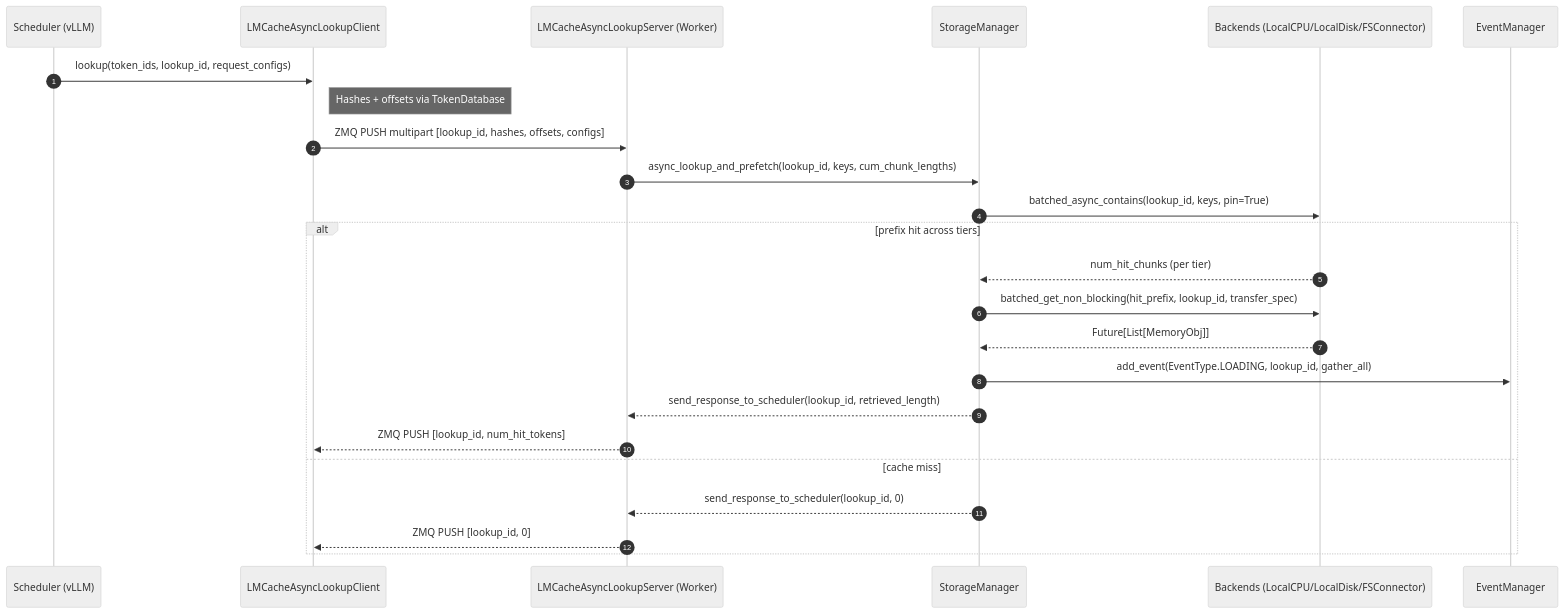
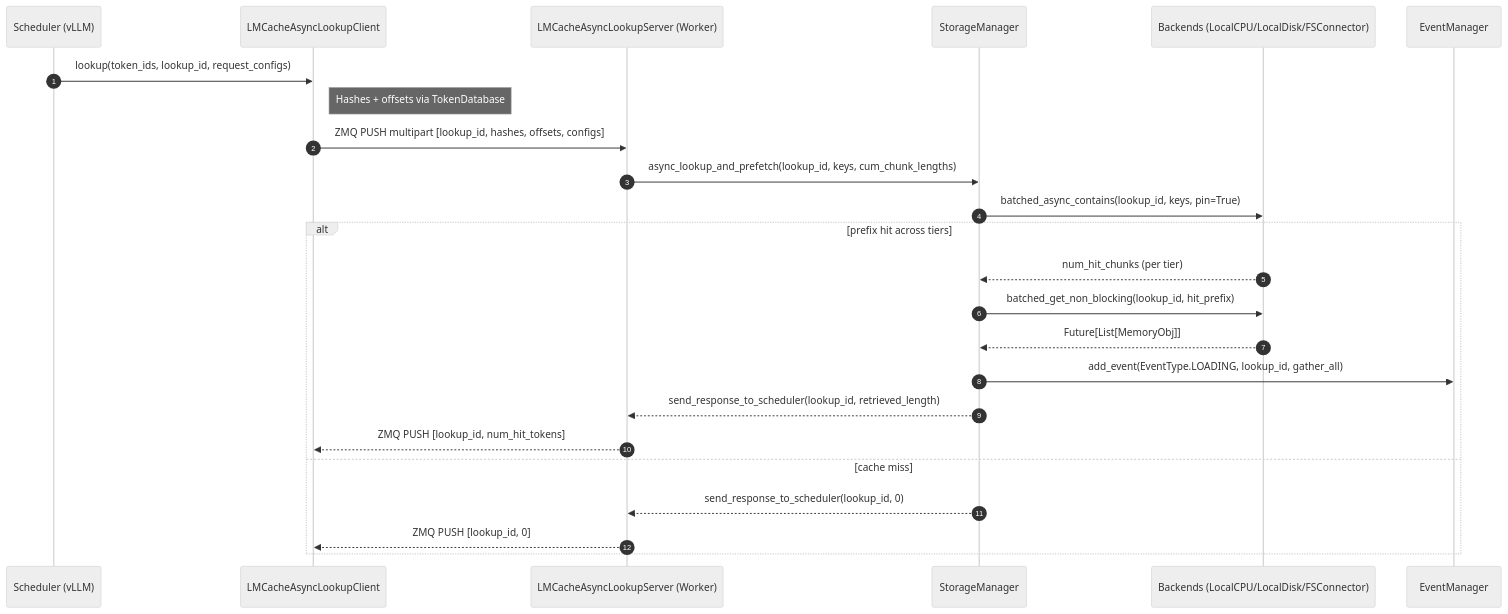
The first of 2 diagrams in docs/source/kv_cache/async_loading.rst (DongDongJu/LMCache), drawn with Mermaid (neutral theme) before and after one commit. The commit also changed 16 other files, not shown here.

First line of the commit message:
[Core] Minimize async get interface diff and simplify batched_get_blocking

```diff
--- a/docs/source/kv_cache/async_loading.rst
+++ b/docs/source/kv_cache/async_loading.rst
@@ -33,27 +33,27 @@
 .. mermaid::
 
    sequenceDiagram
      autonumber
      participant S as Scheduler (vLLM)
      participant LC as LMCacheAsyncLookupClient
      participant WS as LMCacheAsyncLookupServer (Worker)
      participant SM as StorageManager
      participant BE as Backends (LocalCPU/LocalDisk/FSConnector)
      participant EM as EventManager
 
      S->>LC: lookup(token_ids, lookup_id, request_configs)
      note right of LC: Hashes + offsets via TokenDatabase
      LC->>WS: ZMQ PUSH multipart [lookup_id, hashes, offsets, configs]
      WS->>SM: async_lookup_and_prefetch(lookup_id, keys, cum_chunk_lengths)
      SM->>BE: batched_async_contains(lookup_id, keys, pin=True)
      alt prefix hit across tiers
        BE-->>SM: num_hit_chunks (per tier)
-       SM->>BE: batched_get_non_blocking(hit_prefix, lookup_id, transfer_spec)
+       SM->>BE: batched_get_non_blocking(lookup_id, hit_prefix)
        BE-->>SM: Future[List[MemoryObj]]
        SM->>EM: add_event(EventType.LOADING, lookup_id, gather_all)
        SM-->>WS: send_response_to_scheduler(lookup_id, retrieved_length)
        WS-->>LC: ZMQ PUSH [lookup_id, num_hit_tokens]
      else cache miss
        SM-->>WS: send_response_to_scheduler(lookup_id, 0)
        WS-->>LC: ZMQ PUSH [lookup_id, 0]
      end
```
